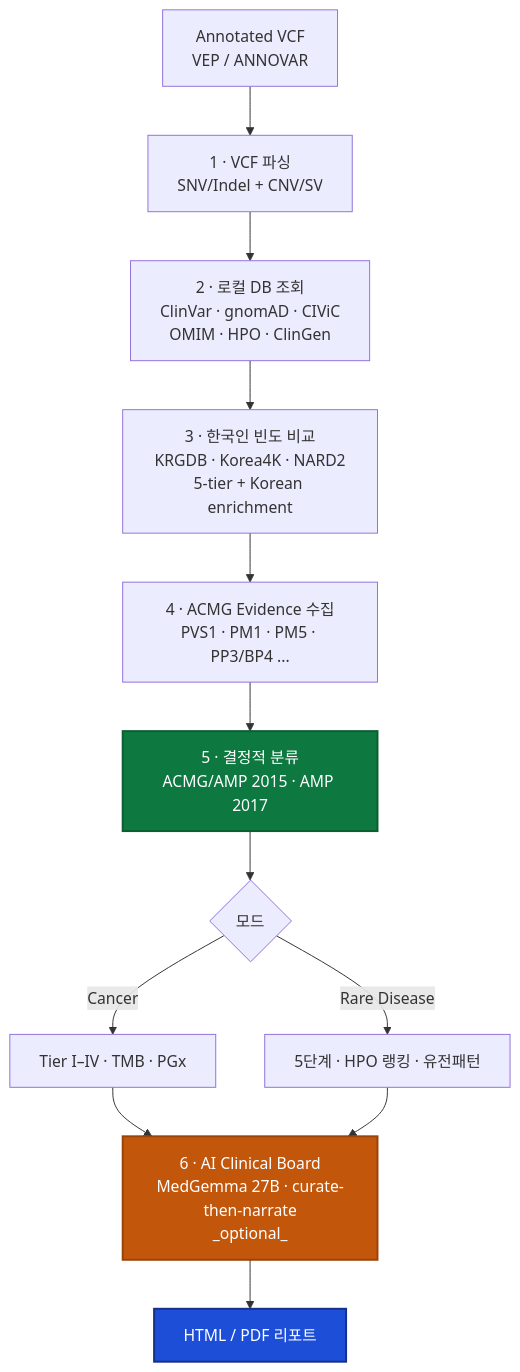
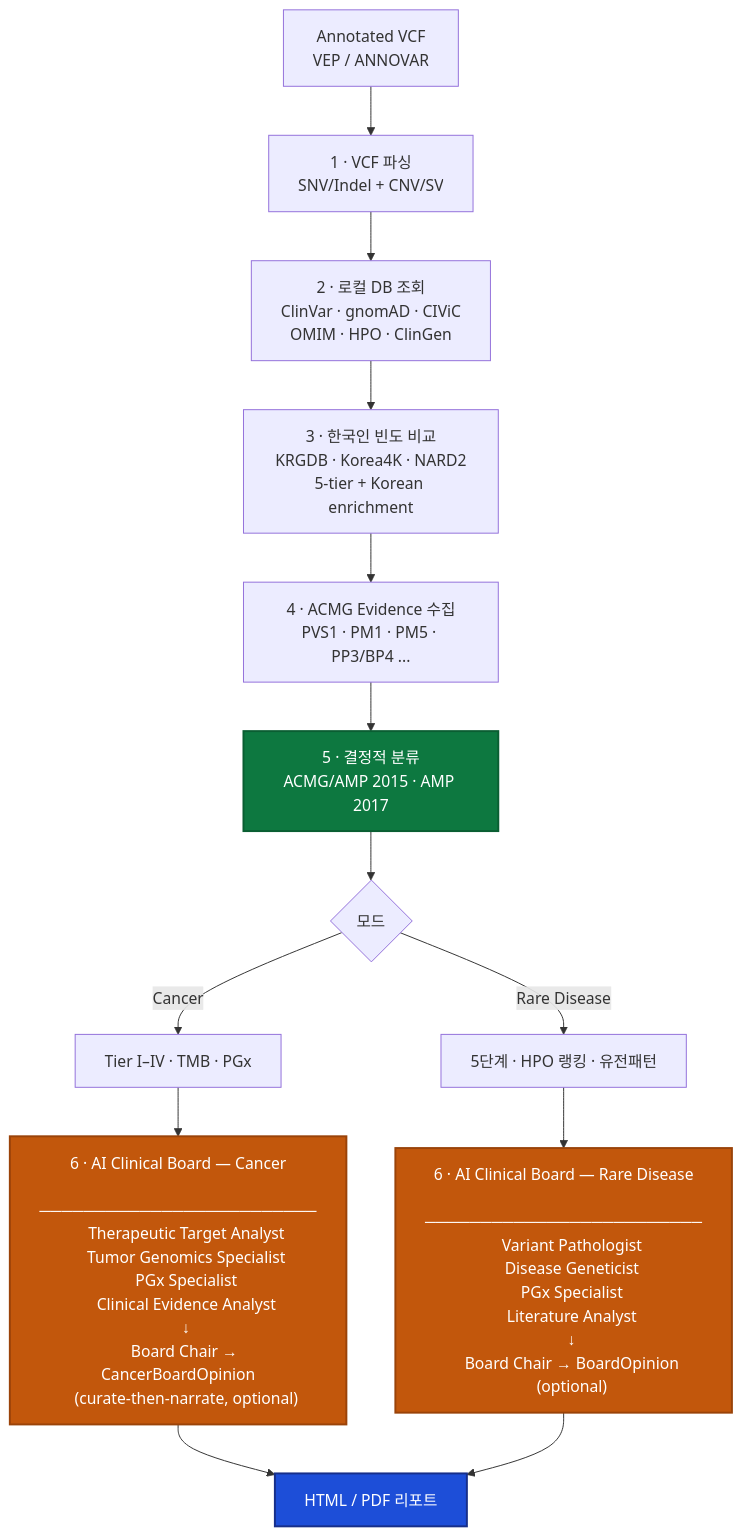
One commit to junehawk/BIKO-GenomeBoard changed the diagram in README.md. Above: the diagram before and after it, drawn with Mermaid. The commit also changed other lines of this file and 1 other file, not shown here.

````diff
--- a/README.md
+++ b/README.md
@@ -39,18 +39,36 @@
 ```mermaid
 flowchart TD
     A[Annotated VCF<br/>VEP / ANNOVAR] --> B[1 · VCF 파싱<br/>SNV/Indel + CNV/SV]
     B --> C[2 · 로컬 DB 조회<br/>ClinVar · gnomAD · CIViC<br/>OMIM · HPO · ClinGen]
     C --> D[3 · 한국인 빈도 비교<br/>KRGDB · Korea4K · NARD2<br/>5-tier + Korean enrichment]
     D --> E[4 · ACMG Evidence 수집<br/>PVS1 · PM1 · PM5 · PP3/BP4 ...]
     E --> F[5 · 결정적 분류<br/>ACMG/AMP 2015 · AMP 2017]
     F --> G{모드}
     G -->|Cancer| H[Tier I–IV · TMB · PGx]
     G -->|Rare Disease| I[5단계 · HPO 랭킹 · 유전패턴]
-    H --> J[6 · AI Clinical Board<br/>MedGemma 27B · curate-then-narrate<br/>_optional_]
-    I --> J
-    J --> K[HTML / PDF 리포트]
+    H --> J["6 · AI Clinical Board — Cancer
+    ─────────────────────────
+    Therapeutic Target Analyst
+    Tumor Genomics Specialist
+    PGx Specialist
+    Clinical Evidence Analyst
+    ↓
+    Board Chair → CancerBoardOpinion
+    (curate-then-narrate, optional)"]
+    I --> K["6 · AI Clinical Board — Rare Disease
+    ─────────────────────────
+    Variant Pathologist
+    Disease Geneticist
+    PGx Specialist
+    Literature Analyst
+    ↓
+    Board Chair → BoardOpinion
+    (optional)"]
+    J --> L[HTML / PDF 리포트]
+    K --> L
 
     style F fill:#0d7840,stroke:#0a5e32,stroke-width:2px,color:#ffffff
     style J fill:#c2570c,stroke:#9a4309,stroke-width:2px,color:#ffffff
-    style K fill:#1d4ed8,stroke:#172f8a,stroke-width:2px,color:#ffffff
+    style K fill:#c2570c,stroke:#9a4309,stroke-width:2px,color:#ffffff
+    style L fill:#1d4ed8,stroke:#172f8a,stroke-width:2px,color:#ffffff
 ```
````
